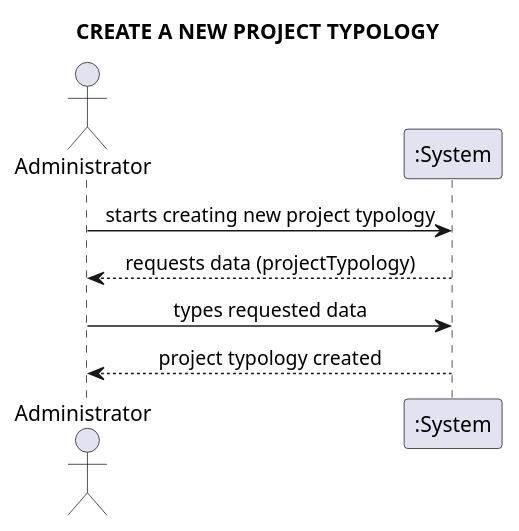
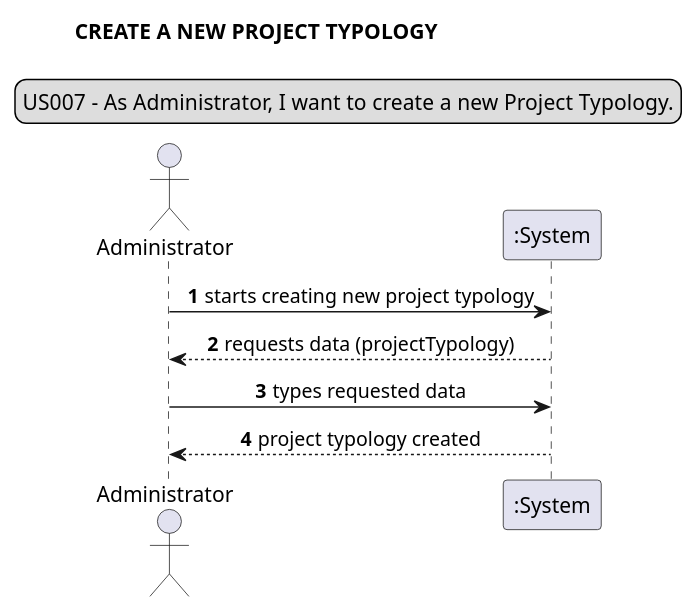
One commit to Loracline/project_switch_22-23 changed diagram 29 of 35 in docs/requirements_gathering/system_sequence_diagrams/systemSequenceDiagram.puml. Above: the diagram before and after it, drawn with PlantUML.

Commit message:
US007: Update SSD US007

```diff
--- a/docs/requirements_gathering/system_sequence_diagrams/systemSequenceDiagram.puml
+++ b/docs/requirements_gathering/system_sequence_diagrams/systemSequenceDiagram.puml
@@ -443,9 +443,13 @@
 @startuml
 skinparam sequenceMessageAlign center
 title CREATE A NEW PROJECT TYPOLOGY
+legend top
+US007 - As Administrator, I want to create a new Project Typology.
+end legend
+autonumber
 actor "Administrator" as adm
 adm -> ":System": starts creating new project typology
 adm <-- ":System": requests data (projectTypology)
 adm -> ":System": types requested data
 adm <-- ":System":project typology created
 @enduml
```
